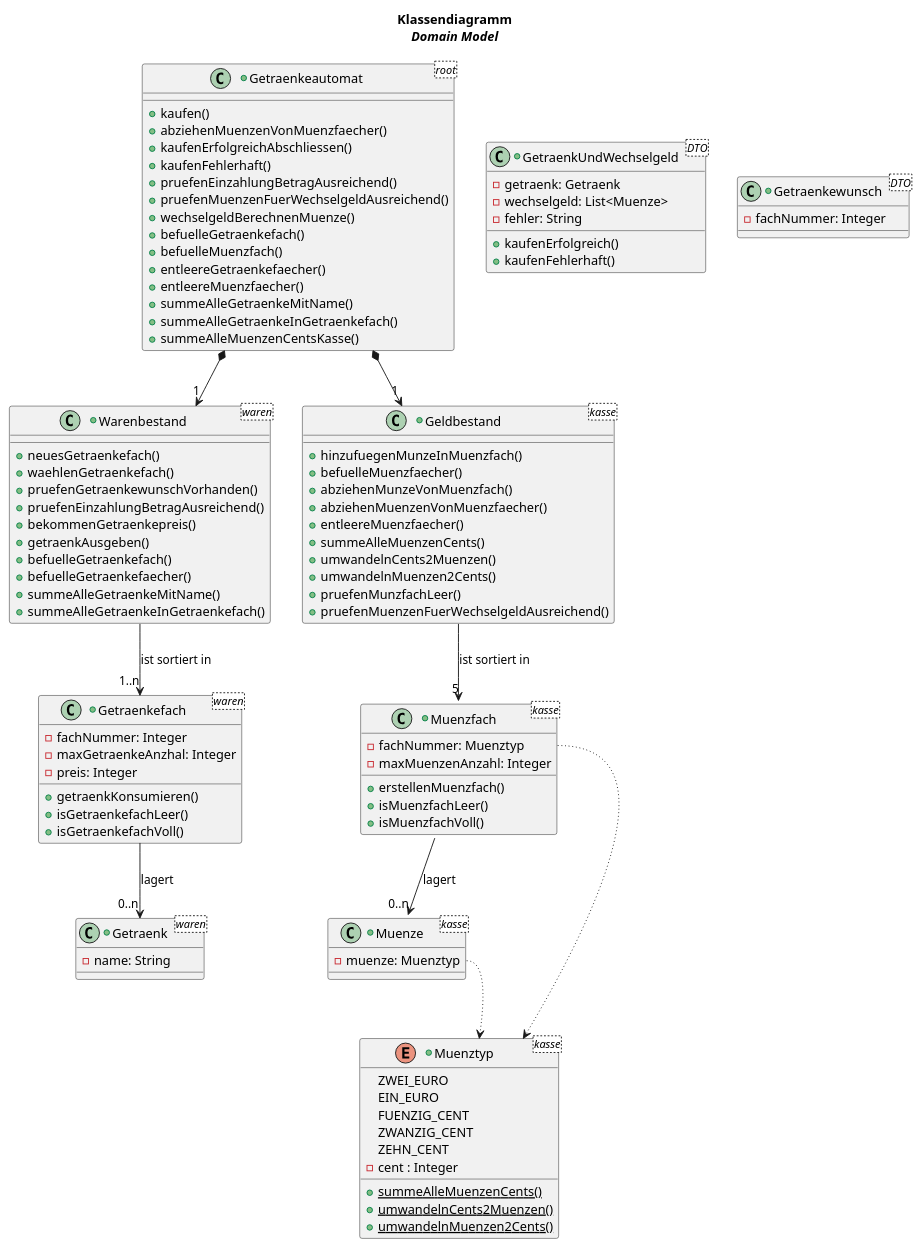
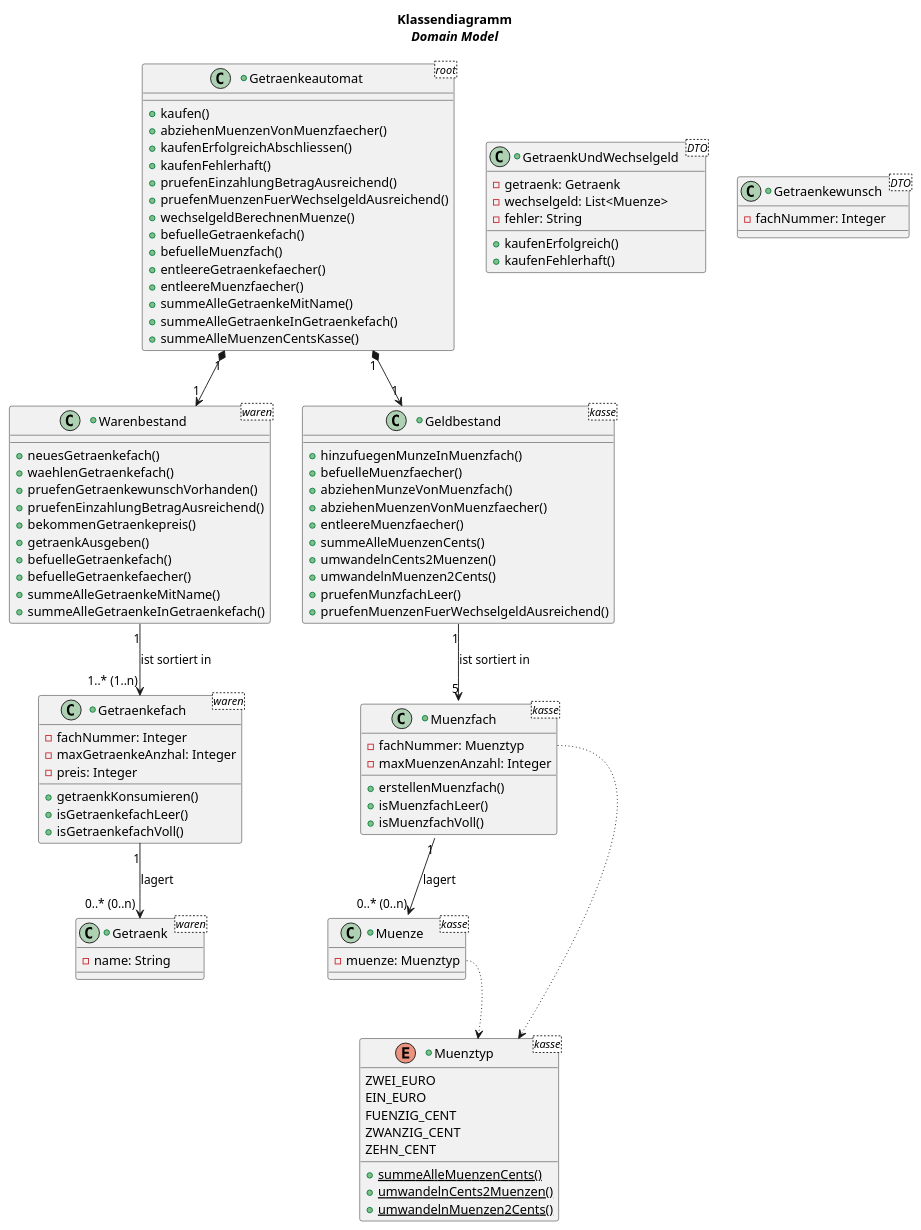
Before and after one commit to robertodefreitas/Getraenkeautomat.2022-02-09: the diagram in uml-Klassendiagramm.puml, drawn with PlantUML.

Commit message:
Klassediagram aktualisiert

```diff
--- a/uml-Klassendiagramm.puml
+++ b/uml-Klassendiagramm.puml
@@ -1,152 +1,159 @@
 @startuml
 'https://plantuml.com/class-diagram
 
 'CONFIG
 skinparam enum {
     backgroundColor LightGray
 }
 
 
 title
  Klassendiagramm
  <i>Domain Model</i>
 end title
 
 +class Getraenkeautomat <root> {
 'beide werden im Klassendiagramm nicht geschrieben, weil die 1.. beziehung das schon zeigt
 'also, es ist klar dass die vorhanden sind
 'warenbestand
 'geldbestand
 '+GetraenkUndWechselgeld kaufen(Getraenkewunsch auswahl, Muenze... einzahlung)
 +kaufen()
 +abziehenMuenzenVonMuenzfaecher()
 +kaufenErfolgreichAbschliessen()
 +kaufenFehlerhaft()
 +pruefenEinzahlungBetragAusreichend()
 +pruefenMuenzenFuerWechselgeldAusreichend()
 +wechselgeldBerechnenMuenze()
 +befuelleGetraenkefach()
 +befuelleMuenzfach()
 +entleereGetraenkefaecher()
 +entleereMuenzfaecher()
 +summeAlleGetraenkeMitName()
 +summeAlleGetraenkeInGetraenkefach()
 +summeAlleMuenzenCentsKasse()
 }
 
 
 'WAREN
 
 +class Warenbestand <waren> {
 '-getraenkefaecher: List<Getraenkefach>
 +neuesGetraenkefach()
 +waehlenGetraenkefach()
 +pruefenGetraenkewunschVorhanden()
 +pruefenEinzahlungBetragAusreichend()
 +bekommenGetraenkepreis()
 +getraenkAusgeben()
 +befuelleGetraenkefach()
 +befuelleGetraenkefaecher()
 +summeAlleGetraenkeMitName()
 +summeAlleGetraenkeInGetraenkefach()
 }
 
 +class Getraenkefach <waren> {
 -fachNummer: Integer
 '-getraenke: List<Getraenk>
 -maxGetraenkeAnzhal: Integer
 -preis: Integer
 +getraenkKonsumieren()
 +isGetraenkefachLeer()
 +isGetraenkefachVoll()
 }
 
 +class Getraenk <waren> {
 -name: String
 }
 
 
 'KASSE
 
 +class Geldbestand <kasse> {
 '-muenzfaecher: List<Muenzfach>
 +hinzufuegenMunzeInMuenzfach()
 +befuelleMuenzfaecher()
 +abziehenMunzeVonMuenzfach()
 +abziehenMuenzenVonMuenzfaecher()
 +entleereMuenzfaecher()
 +summeAlleMuenzenCents()
 +umwandelnCents2Muenzen()
 +umwandelnMuenzen2Cents()
 +pruefenMunzfachLeer()
 +pruefenMuenzenFuerWechselgeldAusreichend()
 }
 
 +class Muenzfach <kasse> {
 -fachNummer: Muenztyp
 '-muenzen: List<Muenze>
 -maxMuenzenAnzahl: Integer
 +erstellenMuenzfach()
 +isMuenzfachLeer()
 +isMuenzfachVoll()
 }
 
 +class Muenze <kasse> {
 -muenze: Muenztyp
 }
 
 
 'OHNE_BEZIEHUNG
 
 +class GetraenkUndWechselgeld <DTO> {
 -getraenk: Getraenk
 -wechselgeld: List<Muenze>
 -fehler: String
 +kaufenErfolgreich()
 +kaufenFehlerhaft()
 }
 
 +class Getraenkewunsch <DTO> {
 -fachNummer: Integer
 }
 
 +enum Muenztyp <kasse> {
 ZWEI_EURO
 EIN_EURO
 FUENZIG_CENT
 ZWANZIG_CENT
 ZEHN_CENT
--cent : Integer
+'-cent : Integer
 + {static} summeAlleMuenzenCents()
 + {static} umwandelnCents2Muenzen()
 + {static} umwandelnMuenzen2Cents()
 }
 
 
 'BEZIEHUNGEN
 'https://info-wsf.de/assoziation-aggregation-und-komposition/
 'https://www.geeksforgeeks.org/association-composition-aggregation-java/
 'Komposition
 'Class --* Composition
 'Aggregation
 'Class --o Aggregation
 'Assoziation
 'Class --> Association
 'Class --|> Extension
 
 '-down->
 '-right->
 '-left->
 '-up->
 '-[dotted]->
-Getraenkeautomat *-down-> "1" Warenbestand
-Warenbestand -down-> "1..n" Getraenkefach : ist sortiert in
-Getraenkefach -down-> "0..n" Getraenk : lagert
+Getraenkeautomat "1" *-down-> "1" Warenbestand
+' manchmal die name der variable sagt etwas über die Beziehung
+' hier getraenkefaecher ist sehr ähnlich wie die nahme der Klasse
+' deswegen lassen wir weg
+'Warenbestand "1" -down-> "1..* (1..n)" Getraenkefach : getraenkefaecher (ist sortiert in)
+Warenbestand "1" -down-> "1..* (1..n)" Getraenkefach : ist sortiert in
+'Getraenkefach "1" -down-> "0..* (0..n)" Getraenk : getraenke (lagert)
+Getraenkefach "1" -down-> "0..* (0..n)" Getraenk : lagert
 
-Getraenkeautomat *-down-> "1" Geldbestand
-Geldbestand -down-> "5" Muenzfach : ist sortiert in
-Muenzfach -down-> "0..n" Muenze : lagert
+Getraenkeautomat "1" *-down-> "1" Geldbestand
+'Geldbestand "1" -down-> "5" Muenzfach : muenzen (ist sortiert in)
+Geldbestand "1" -down-> "5" Muenzfach : ist sortiert in
+'Muenzfach "1" -down-> "0..* (0..n)" Muenze : muenze (lagert)
+Muenzfach "1" -down-> "0..* (0..n)" Muenze : lagert
 Muenze::muenze -[dotted]-> Muenztyp
 Muenzfach::fachNummer -[dotted]-> Muenztyp
 
 @enduml
```
